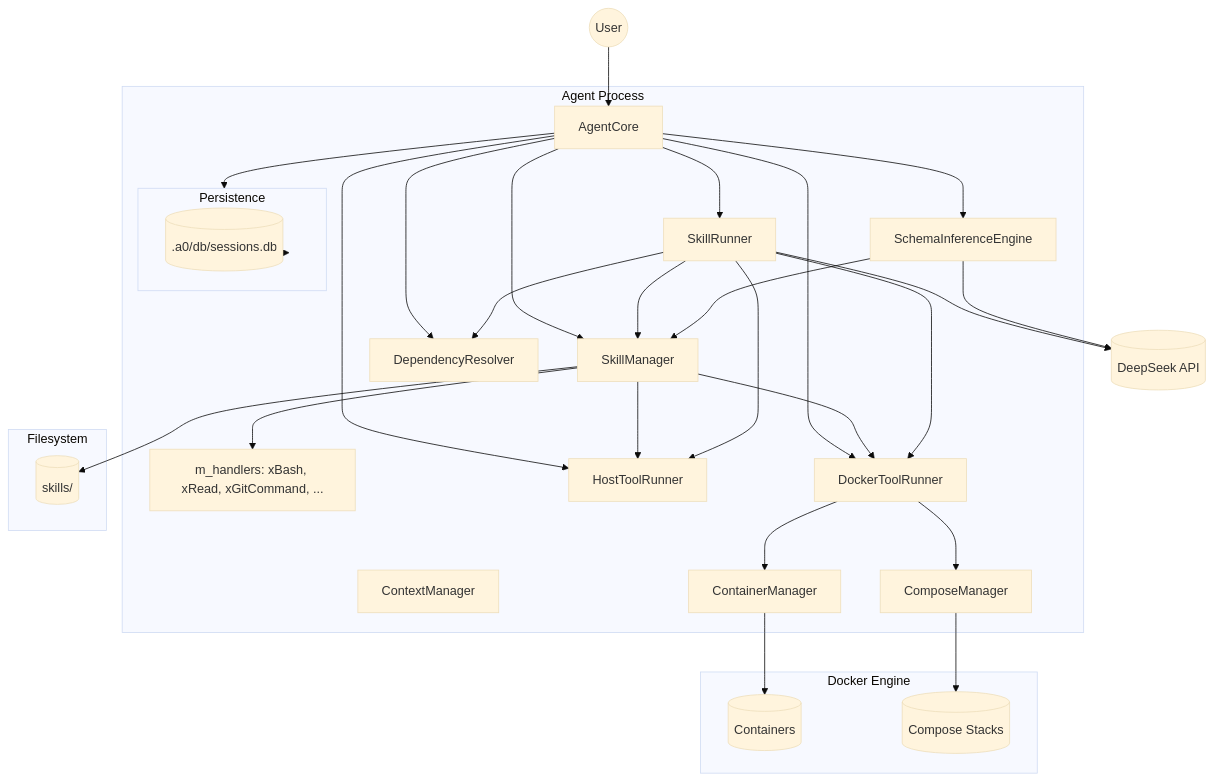
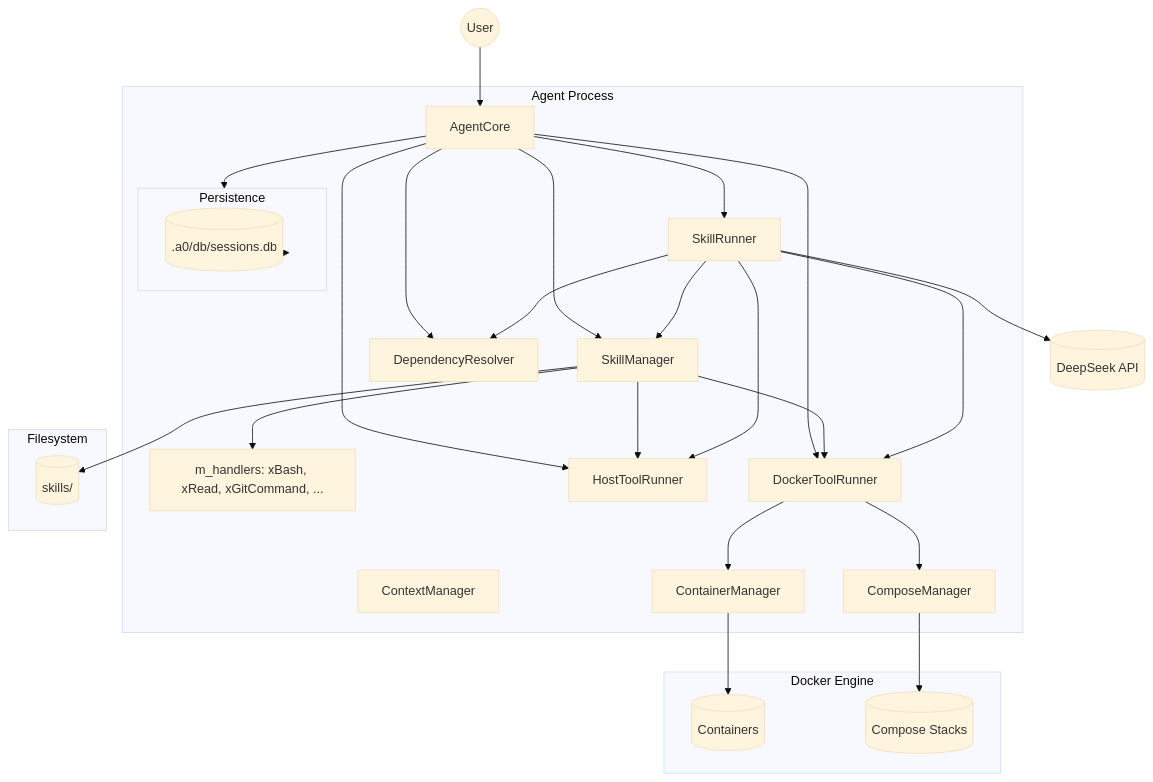
The first of 3 diagrams in technical-specification.md (opensassi/a0), drawn with Mermaid (base theme) before and after one commit. The commit also changed other lines of this file and 47 other files, not shown here.

Commit message:
2026-06-02-a0-architectural-cleanup-1777bba30ffexd2vQv21odnw8j

````diff
--- a/technical-specification.md
+++ b/technical-specification.md
@@ -248,59 +242,56 @@
 ```mermaid
 graph TB
     User((User))
     DeepSeek[("DeepSeek API")]
 
     subgraph "Agent Process"
         Core[AgentCore]
         Context[ContextManager]
         SkillMgr[SkillManager]
         SkillMgr_Handlers[m_handlers: xBash, xRead, xGitCommand, ...]
         HostRunner[HostToolRunner]
         DockerRunner[DockerToolRunner]
         SkillRunner[SkillRunner]
-        InfEngine[SchemaInferenceEngine]
+
         DepResolver[DependencyResolver]
         Persistence[PersistenceStore]
         ContainerMgr[ContainerManager]
         ComposeMgr[ComposeManager]
     end
 
     subgraph "Persistence"
         DB[(.a0/db/sessions.db)]
     end
 
     subgraph "Docker Engine"
         Containers[(Containers)]
         ComposeStacks[(Compose Stacks)]
     end
 
     subgraph "Filesystem"
         SkillsDir[(skills/)]
     end
 
     User --> Core
     Core --> SkillMgr
     Core --> DepResolver
     Core --> HostRunner
     Core --> DockerRunner
     Core --> SkillRunner
-    Core --> InfEngine
     SkillMgr --> SkillMgr_Handlers
     SkillMgr --> HostRunner
     SkillMgr --> DockerRunner
     SkillRunner --> DepResolver
     SkillRunner --> DeepSeek
     SkillRunner --> SkillMgr
     SkillRunner --> HostRunner
     SkillRunner --> DockerRunner
-    InfEngine --> DeepSeek
-    InfEngine --> SkillMgr
     Core --> Persistence
     Persistence --> DB
     SkillMgr --> SkillsDir
 
     DockerRunner --> ContainerMgr
     DockerRunner --> ComposeMgr
     ContainerMgr --> Containers
     ComposeMgr --> ComposeStacks
 ```
````
